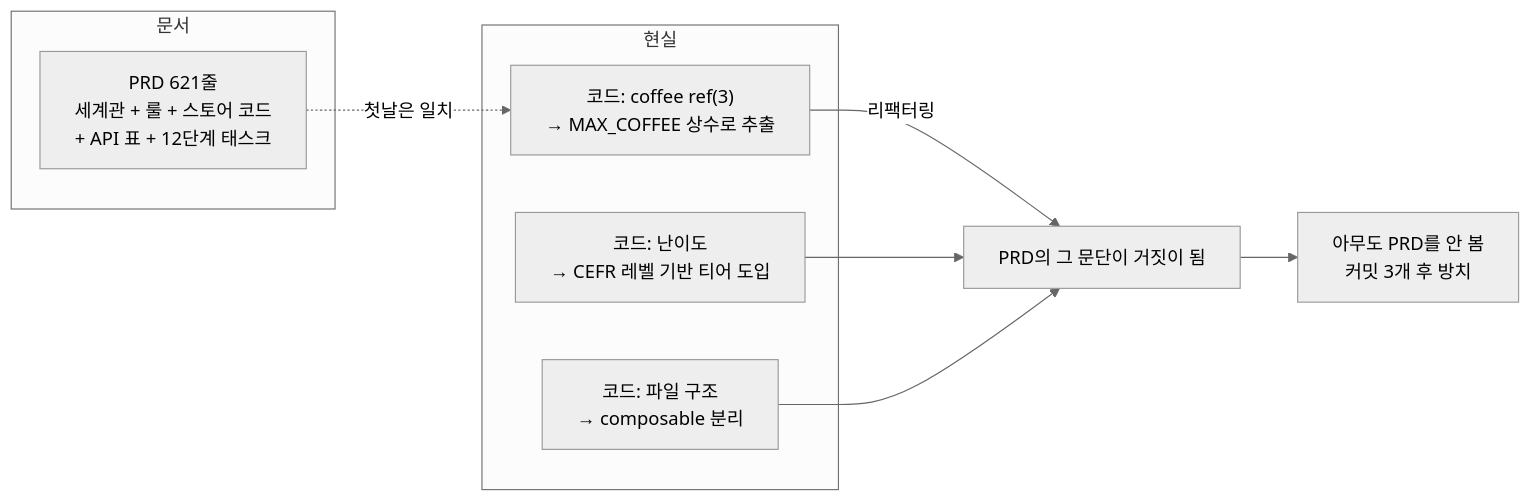
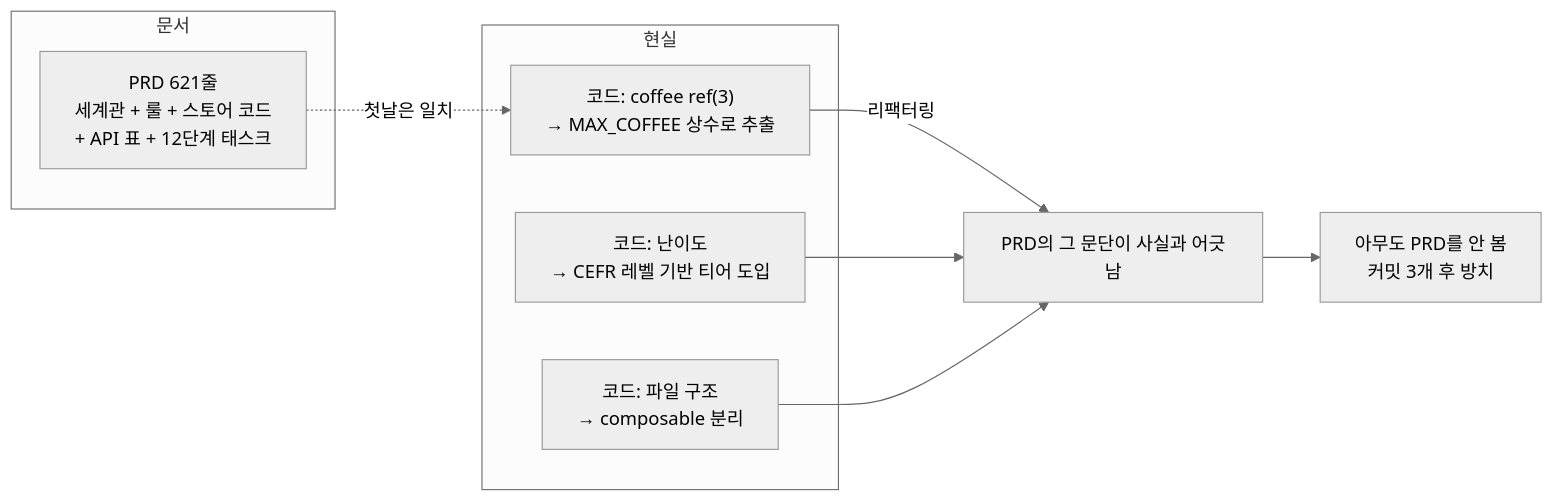
The second of 11 diagrams in _posts/2026-07-25-alps-adr-abstraction-boundaries.md (haandol/haandol.github.com), drawn with Mermaid (neutral theme) before and after one commit. The commit also changed other lines of this file and 24 other files, not shown here.

````diff
--- a/_posts/2026-07-25-alps-adr-abstraction-boundaries.md
+++ b/_posts/2026-07-25-alps-adr-abstraction-boundaries.md
@@ -98,16 +114,16 @@
 ```mermaid
 flowchart LR
     subgraph 문서
         P["PRD 621줄<br/>세계관 + 룰 + 스토어 코드<br/>+ API 표 + 12단계 태스크"]
     end
     subgraph 현실
         C1["코드: coffee ref(3)<br/>→ MAX_COFFEE 상수로 추출"]
         C2["코드: 난이도<br/>→ CEFR 레벨 기반 티어 도입"]
         C3["코드: 파일 구조<br/>→ composable 분리"]
     end
     P -.->|"첫날은 일치"| C1
-    C1 -->|"리팩터링"| X["PRD의 그 문단이 거짓이 됨"]
+    C1 -->|"리팩터링"| X["PRD의 그 문단이 사실과 어긋남"]
     C2 --> X
     C3 --> X
     X --> D["아무도 PRD를 안 봄<br/>커밋 3개 후 방치"]
 ```
````
